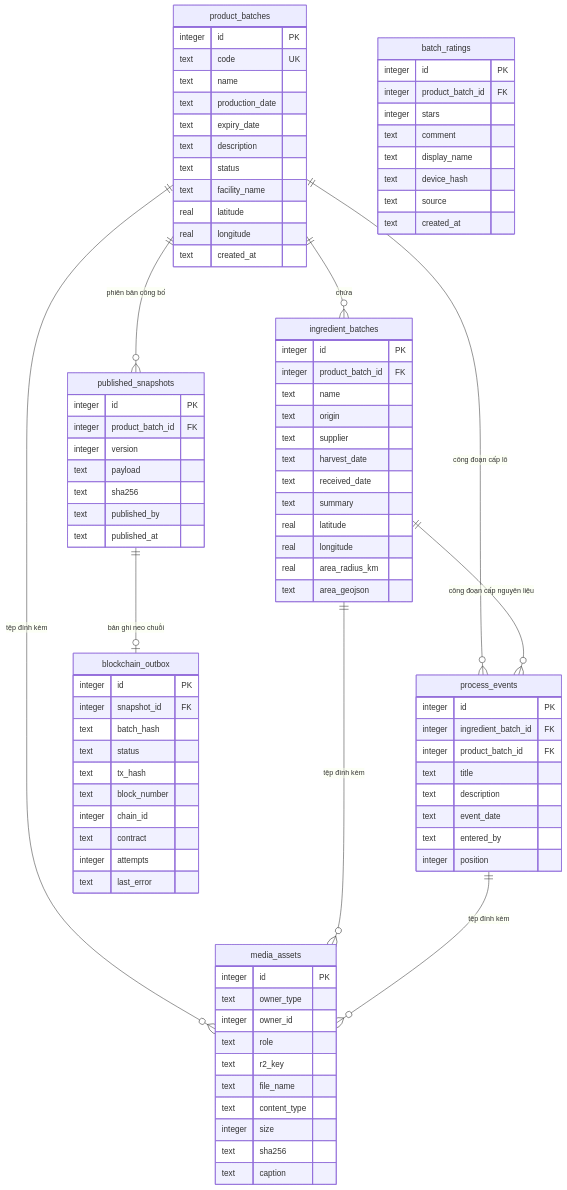
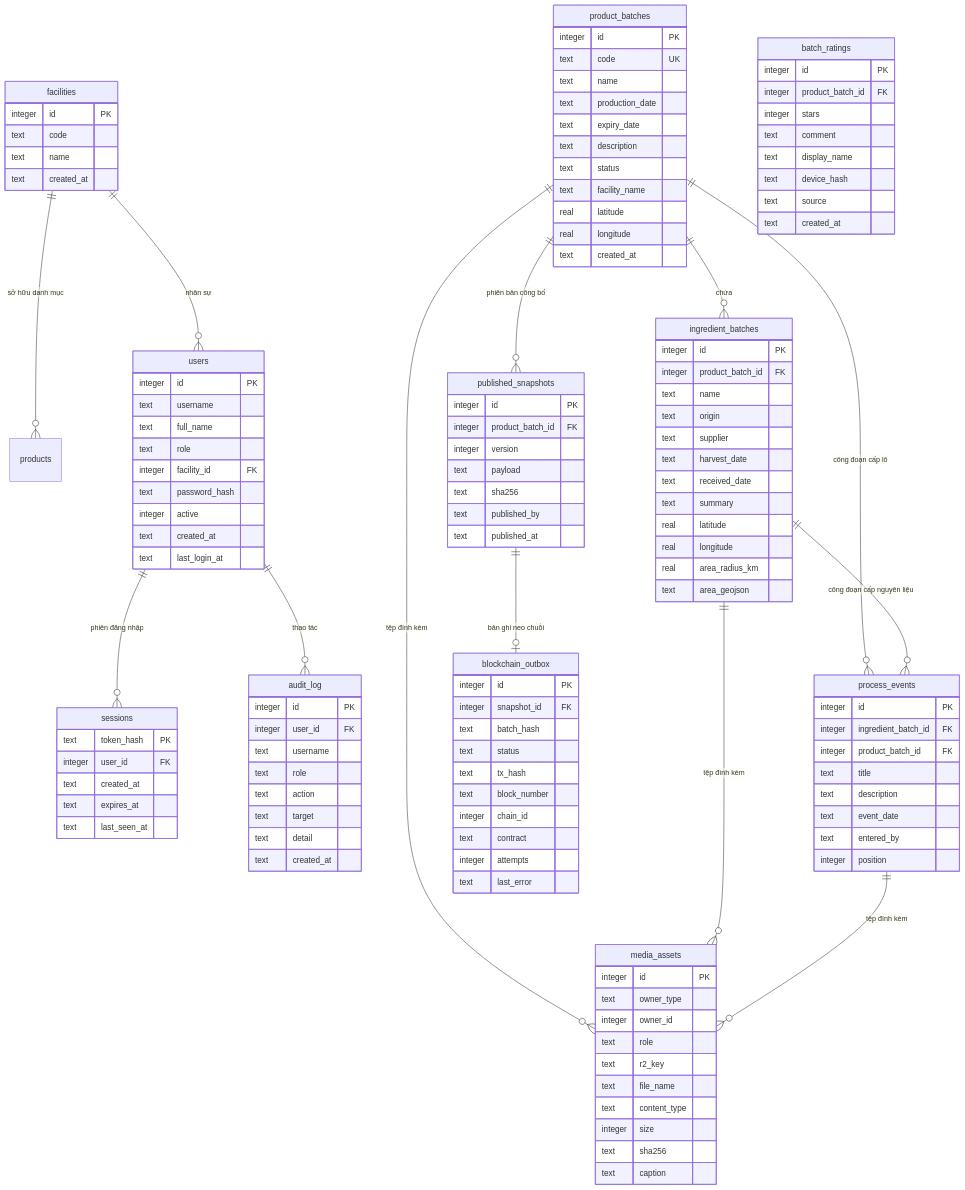
The second of 4 diagrams in tai-lieu/KIEN_TRUC.md (Smartbreakfast/trace-system), drawn with Mermaid before and after one commit. The commit also changed other lines of this file and 4 other files, not shown here.

````diff
--- a/tai-lieu/KIEN_TRUC.md
+++ b/tai-lieu/KIEN_TRUC.md
@@ -94,5 +94,9 @@
 ```mermaid
 erDiagram
+    facilities ||--o{ products : "sở hữu danh mục"
+    facilities ||--o{ users : "nhân sự"
+    users ||--o{ sessions : "phiên đăng nhập"
+    users ||--o{ audit_log : "thao tác"
     product_batches ||--o{ ingredient_batches : "chứa"
     product_batches ||--o{ process_events : "công đoạn cấp lô"
     ingredient_batches ||--o{ process_events : "công đoạn cấp nguyên liệu"
@@ -170,6 +174,40 @@
         text source
         text created_at
     }
+    facilities {
+        integer id PK
+        text code
+        text name
+        text created_at
+    }
+    users {
+        integer id PK
+        text username
+        text full_name
+        text role
+        integer facility_id FK
+        text password_hash
+        integer active
+        text created_at
+        text last_login_at
+    }
+    sessions {
+        text token_hash PK
+        integer user_id FK
+        text created_at
+        text expires_at
+        text last_seen_at
+    }
+    audit_log {
+        integer id PK
+        integer user_id FK
+        text username
+        text role
+        text action
+        text target
+        text detail
+        text created_at
+    }
     blockchain_outbox {
         integer id PK
         integer snapshot_id FK
````
